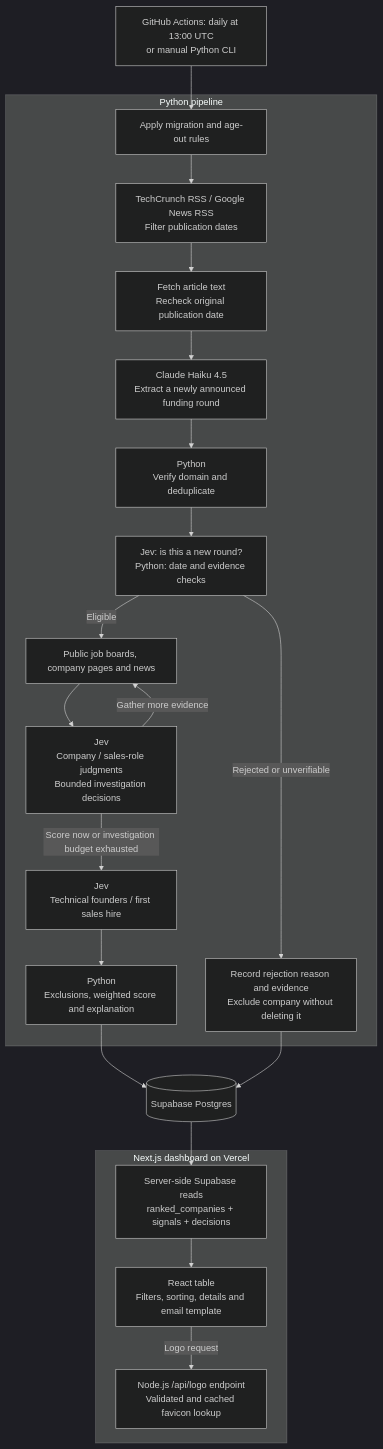
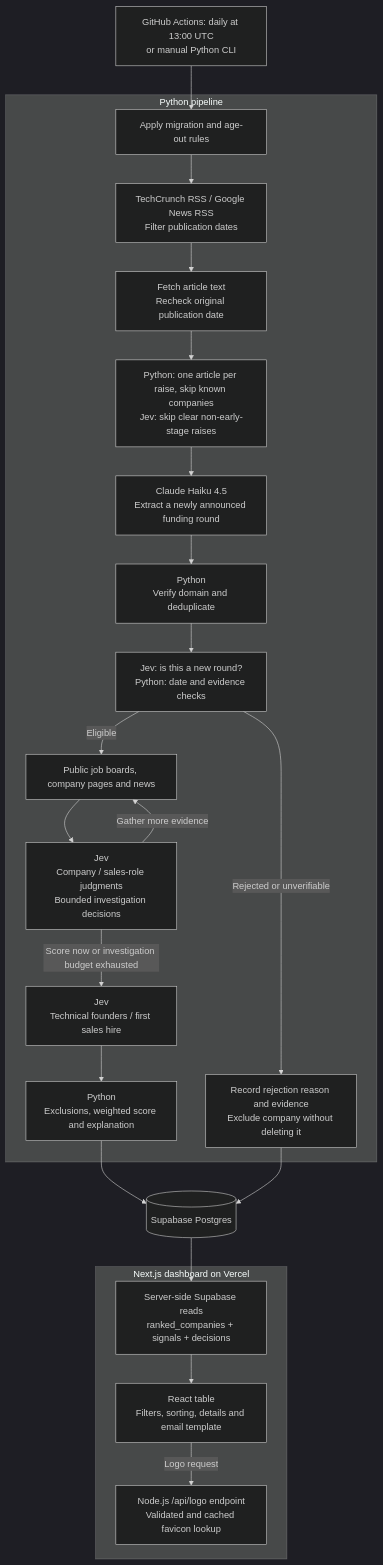
The diagram in docs/how-it-works.md (lucarizzo03/raised), drawn with Mermaid (dark theme) before and after one commit. The commit also changed other lines of this file and 12 other files, not shown here.

First line of the commit message:
Filter articles with Python and Jev before Claude extraction

````diff
--- a/docs/how-it-works.md
+++ b/docs/how-it-works.md
@@ -20,35 +20,36 @@
 ```mermaid
 flowchart TD
     Schedule["GitHub Actions: daily at 13:00 UTC<br/>or manual Python CLI"]
 
     subgraph Pipeline["Python pipeline"]
         Prepare["Apply migration and age-out rules"]
         Sources["TechCrunch RSS / Google News RSS<br/>Filter publication dates"]
         Fetch["Fetch article text<br/>Recheck original publication date"]
+        Prefilter["Python: one article per raise, skip known companies<br/>Jev: skip clear non-early-stage raises"]
         Extract["Claude Haiku 4.5<br/>Extract a newly announced funding round"]
         Identity["Python<br/>Verify domain and deduplicate"]
         Gate["Jev: is this a new round?<br/>Python: date and evidence checks"]
         Enrich["Public job boards, company pages and news"]
         Judge["Jev<br/>Company / sales-role judgments<br/>Bounded investigation decisions"]
         Founders["Jev<br/>Technical founders / first sales hire"]
         Score["Python<br/>Exclusions, weighted score and explanation"]
         Reject["Record rejection reason and evidence<br/>Exclude company without deleting it"]
     end
 
-    Schedule --> Prepare --> Sources --> Fetch --> Extract --> Identity --> Gate
+    Schedule --> Prepare --> Sources --> Fetch --> Prefilter --> Extract --> Identity --> Gate
     Gate -->|Eligible| Enrich --> Judge
     Judge -->|Gather more evidence| Enrich
     Judge -->|Score now or investigation budget exhausted| Founders --> Score
     Gate -->|Rejected or unverifiable| Reject
     Score --> Database[("Supabase Postgres")]
     Reject --> Database
 
     subgraph Web["Next.js dashboard on Vercel"]
         Read["Server-side Supabase reads<br/>ranked_companies + signals + decisions"]
         Table["React table<br/>Filters, sorting, details and email template"]
         Logos["Node.js /api/logo endpoint<br/>Validated and cached favicon lookup"]
     end
 
     Database --> Read --> Table
     Table -->|Logo request| Logos
 ```
````
